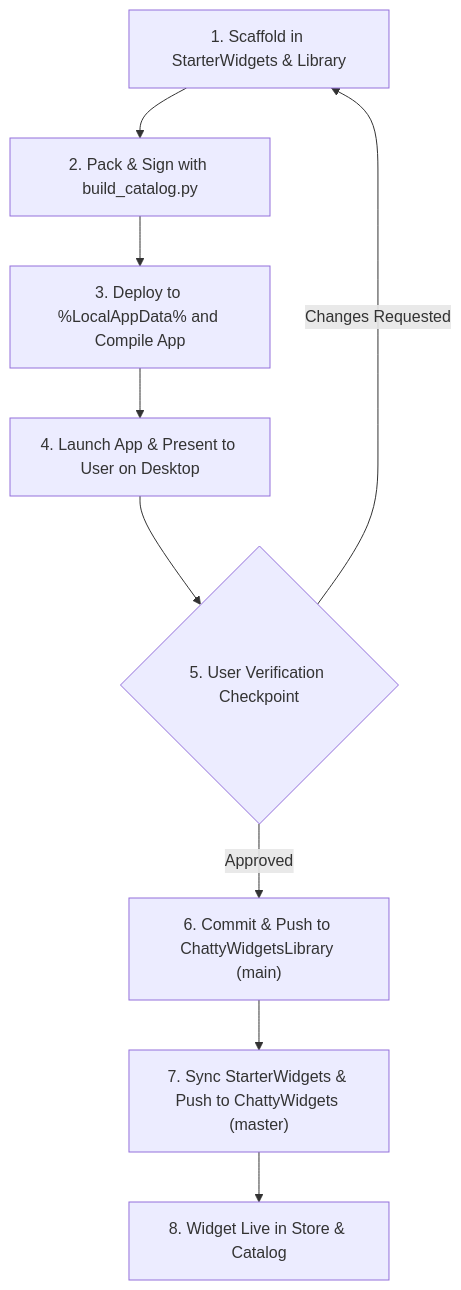
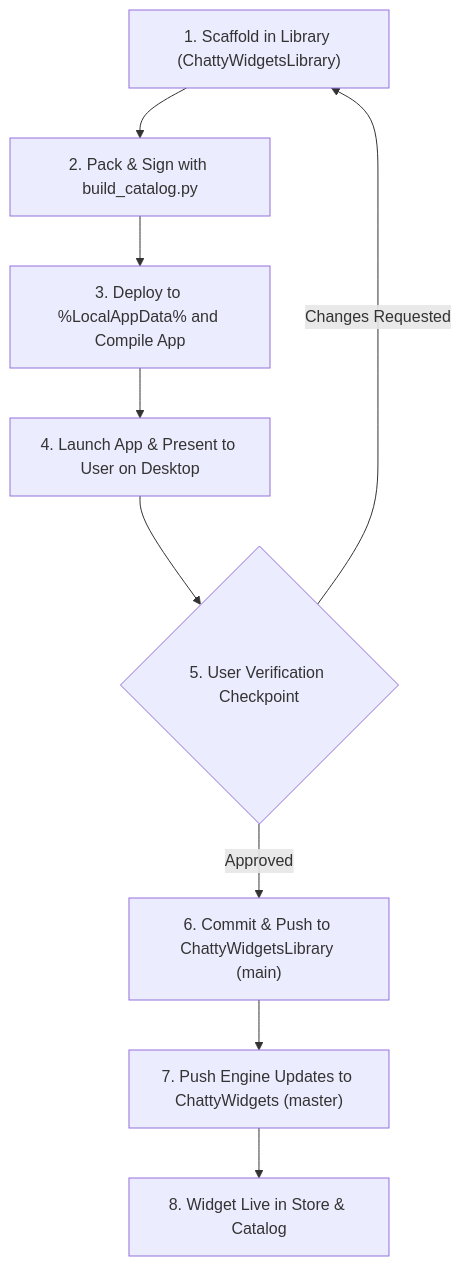
Before and after one commit to chattytoaster/ChattyWidgets: the diagram in .agents/skills/chw/references/packaging-and-publishing.md, drawn with Mermaid. The commit also changed other lines of this file and 61 other files, not shown here.

Commit message:
feat(store): move all widgets to ChattyWidgetsLibrary and establish clean new-user experience

````diff
--- a/.agents/skills/chw/references/packaging-and-publishing.md
+++ b/.agents/skills/chw/references/packaging-and-publishing.md
@@ -7,11 +7,11 @@
 ```mermaid
 flowchart TD
-    A["1. Scaffold in StarterWidgets & Library"] --> B["2. Pack & Sign with build_catalog.py"]
+    A["1. Scaffold in Library (ChattyWidgetsLibrary)"] --> B["2. Pack & Sign with build_catalog.py"]
     B --> C["3. Deploy to %LocalAppData% and Compile App"]
     C --> D["4. Launch App & Present to User on Desktop"]
     D --> E{"5. User Verification Checkpoint"}
     E -- "Changes Requested" --> A
     E -- "Approved" --> F["6. Commit & Push to ChattyWidgetsLibrary (main)"]
-    F --> G["7. Sync StarterWidgets & Push to ChattyWidgets (master)"]
+    F --> G["7. Push Engine Updates to ChattyWidgets (master)"]
     G --> H["8. Widget Live in Store & Catalog"]
 ```
````
